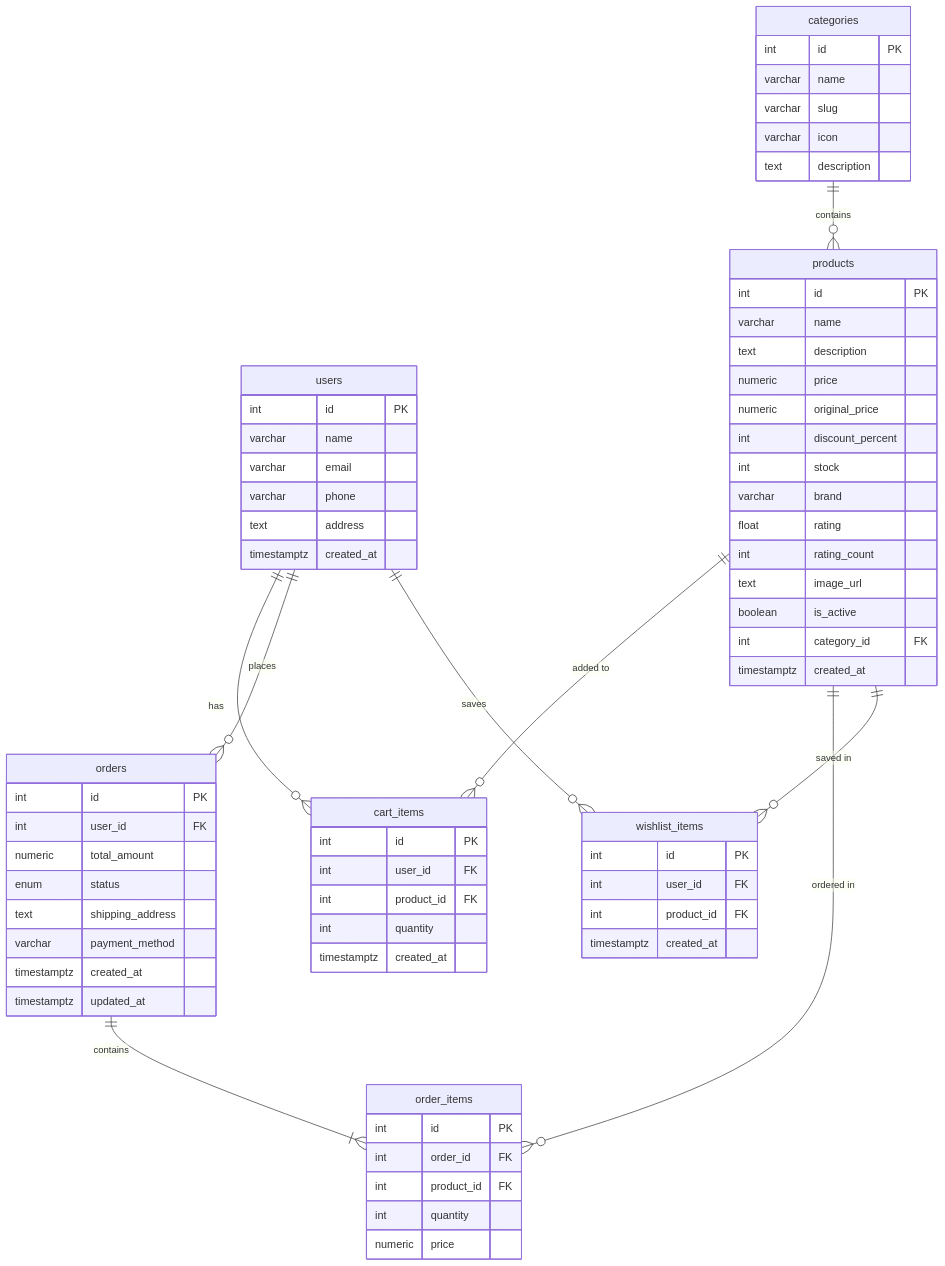
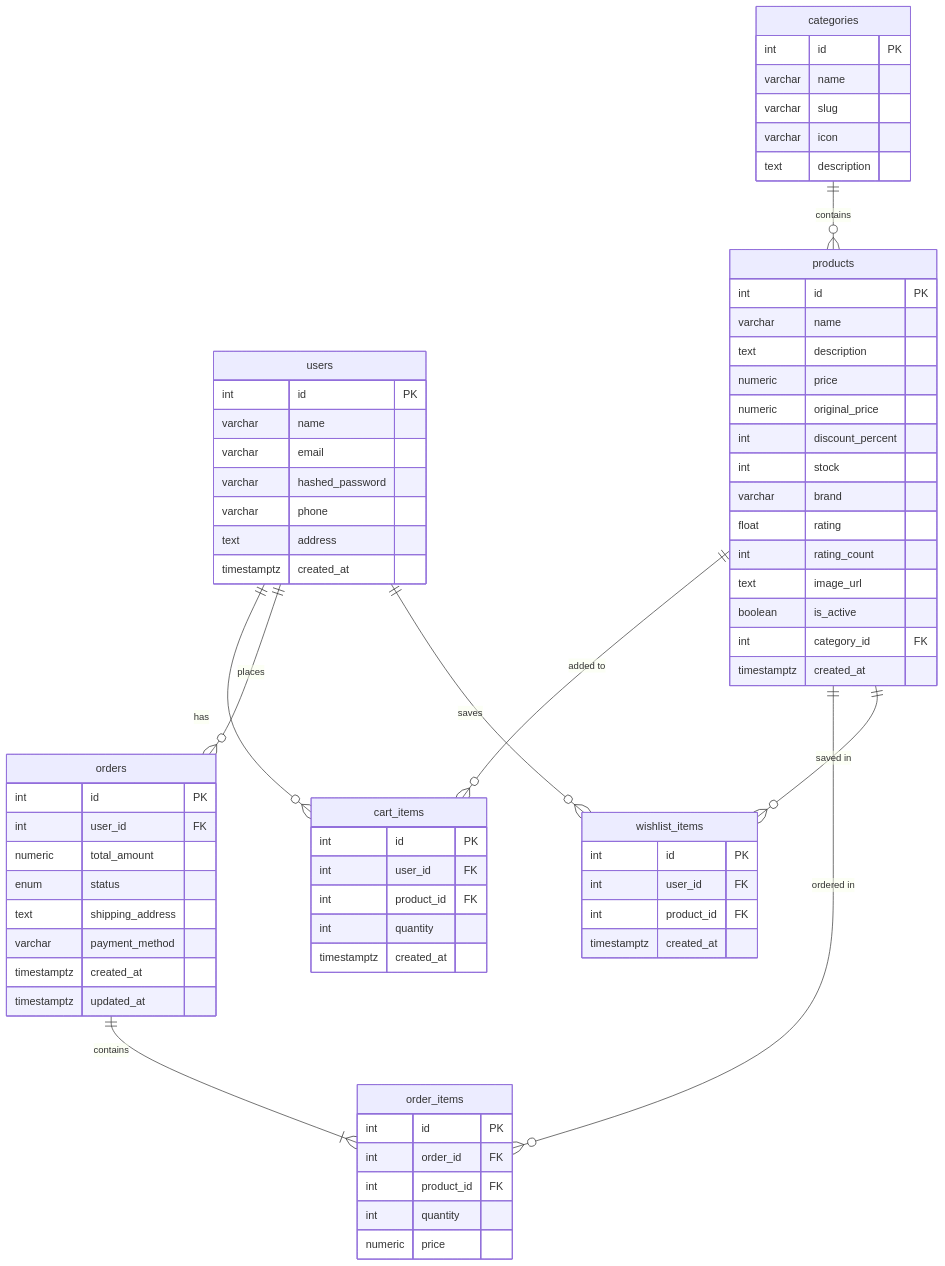
Before and after one commit to Muditkalra21/Ecommerce_website: the fourth of 4 diagrams in README.md, drawn with Mermaid. The commit also changed other lines of this file and 24 other files, not shown here.

````diff
--- a/README.md
+++ b/README.md
@@ -104,79 +134,80 @@
 ```mermaid
 erDiagram
     users {
         int id PK
         varchar name
         varchar email
+        varchar hashed_password
         varchar phone
         text address
         timestamptz created_at
     }
 
     categories {
         int id PK
         varchar name
         varchar slug
         varchar icon
         text description
     }
 
     products {
         int id PK
         varchar name
         text description
         numeric price
         numeric original_price
         int discount_percent
         int stock
         varchar brand
         float rating
         int rating_count
         text image_url
         boolean is_active
         int category_id FK
         timestamptz created_at
     }
 
     cart_items {
         int id PK
         int user_id FK
         int product_id FK
         int quantity
         timestamptz created_at
     }
 
     orders {
         int id PK
         int user_id FK
         numeric total_amount
         enum status
         text shipping_address
         varchar payment_method
         timestamptz created_at
         timestamptz updated_at
     }
 
     order_items {
         int id PK
         int order_id FK
         int product_id FK
         int quantity
         numeric price
     }
 
     wishlist_items {
         int id PK
         int user_id FK
         int product_id FK
         timestamptz created_at
     }
 
     users ||--o{ cart_items : "has"
     users ||--o{ orders : "places"
     users ||--o{ wishlist_items : "saves"
     categories ||--o{ products : "contains"
     products ||--o{ cart_items : "added to"
     products ||--o{ order_items : "ordered in"
     products ||--o{ wishlist_items : "saved in"
     orders ||--|{ order_items : "contains"
 ```
````
